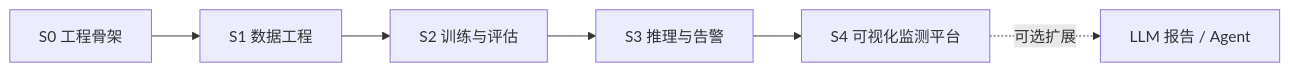
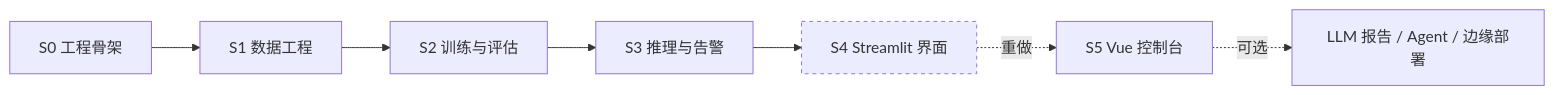
One commit to Cheng-LiXin/FireSight changed the diagram in docs/ROADMAP.md. Above: the diagram before and after it, drawn with Mermaid. The commit also changed other lines of this file and 9 other files, not shown here.

````diff
--- a/docs/ROADMAP.md
+++ b/docs/ROADMAP.md
@@ -19,8 +19,10 @@
 ```mermaid
 flowchart LR
   S0[S0 工程骨架] --> S1[S1 数据工程]
   S1 --> S2[S2 训练与评估]
   S2 --> S3[S3 推理与告警]
-  S3 --> S4[S4 可视化监测平台]
-  S4 -.可选扩展.-> X[LLM 报告 / Agent]
+  S3 --> S4[S4 Streamlit 界面]
+  S4 -.重做.-> S5[S5 Vue 控制台]
+  S5 -.可选.-> X[LLM 报告 / Agent / 边缘部署]
+  style S4 stroke-dasharray: 4 4
 ```
````
